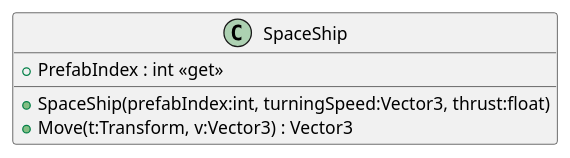
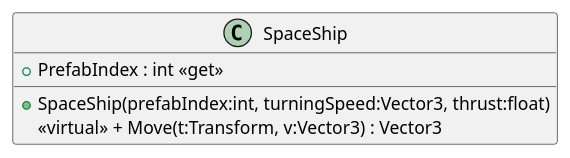
One commit to CalmermanBenjaminNTI/Ikaros changed the diagram in plantuml/Assets/Scripts/SpaceShip.puml. Above: the diagram before and after it, drawn with PlantUML. The commit also changed 1803 other files, not shown here.

Commit message:
nu med plantuml bild

```diff
--- a/plantuml/Assets/Scripts/SpaceShip.puml
+++ b/plantuml/Assets/Scripts/SpaceShip.puml
@@ -1,7 +1,7 @@
 @startuml
 class SpaceShip {
     + PrefabIndex : int <<get>>
     + SpaceShip(prefabIndex:int, turningSpeed:Vector3, thrust:float)
-    + Move(t:Transform, v:Vector3) : Vector3
+    <<virtual>> + Move(t:Transform, v:Vector3) : Vector3
 }
 @enduml
```
